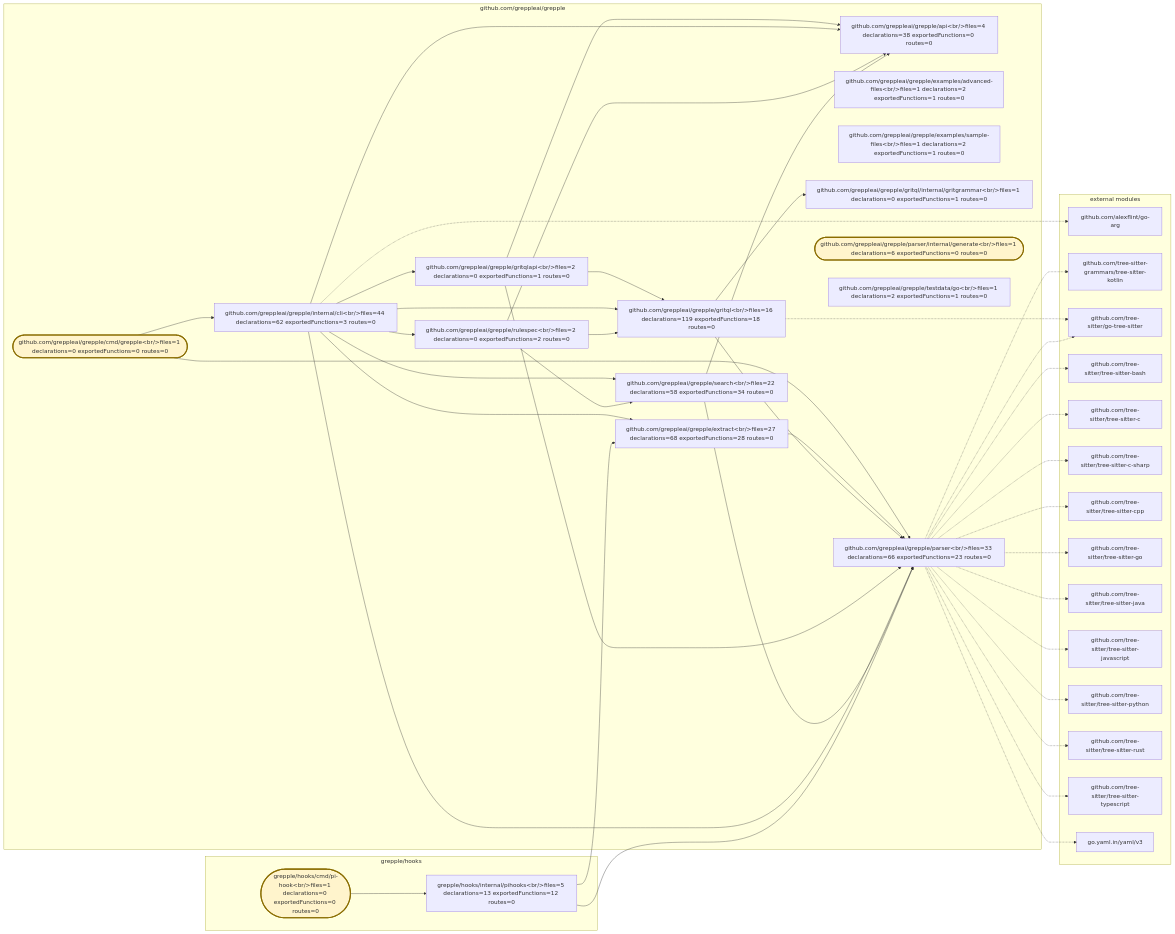
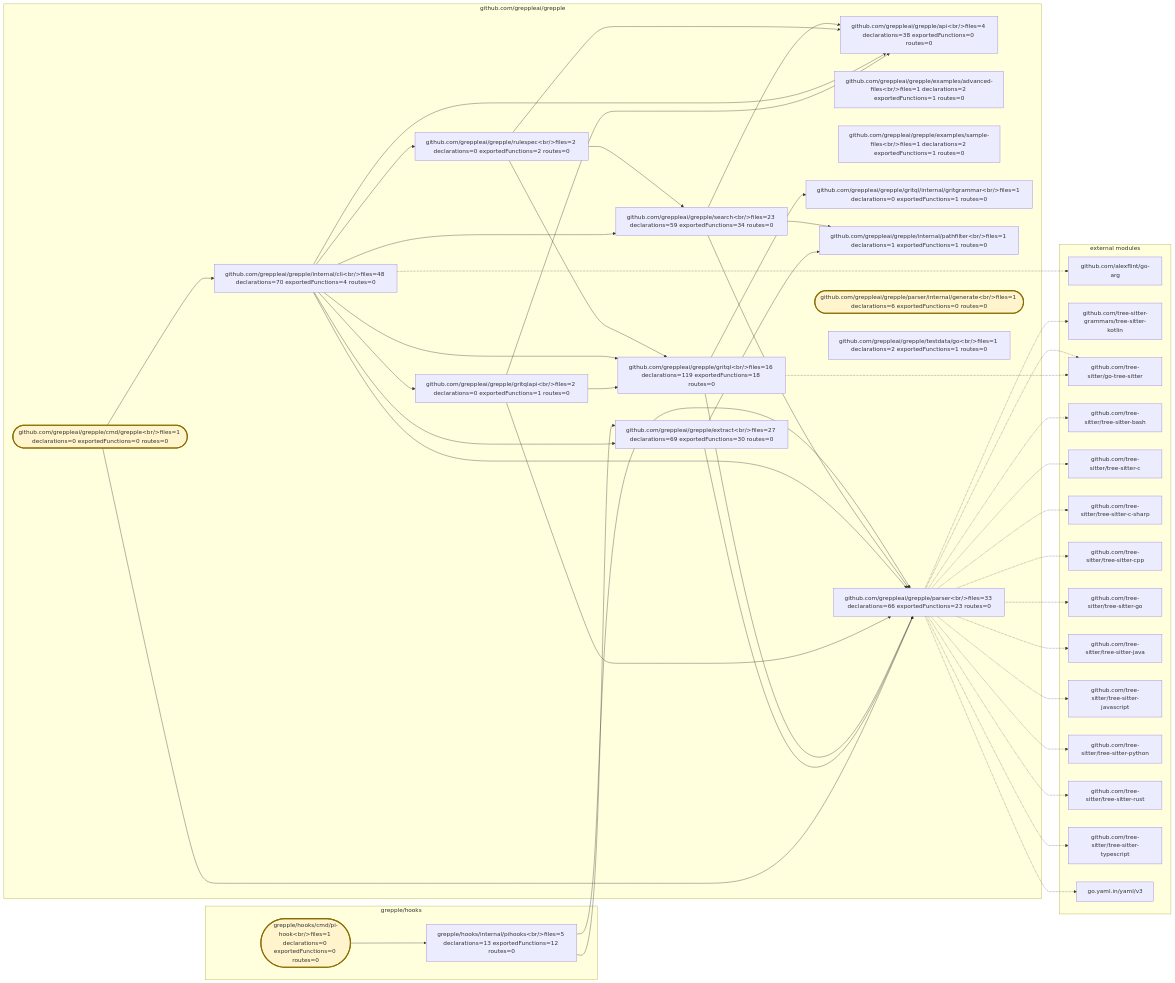
One commit to greppleai/grepple changed the diagram in .grepple/project.workspace/overview.mmd. Above: the diagram before and after it, drawn with Mermaid. The commit also changed 37 other files, not shown here.

```diff
--- a/.grepple/project.workspace/overview.mmd
+++ b/.grepple/project.workspace/overview.mmd
@@ -1,79 +1,82 @@
 flowchart LR
     classDef entrypoint fill:#fff4cc,stroke:#8a6d00,stroke-width:3px
     subgraph module_0["github.com/greppleai/grepple"]
         package_0["github.com/greppleai/grepple/api&lt;br/&gt;files=4 declarations=38 exportedFunctions=0 routes=0"]
         package_1(["github.com/greppleai/grepple/cmd/grepple&lt;br/&gt;files=1 declarations=0 exportedFunctions=0 routes=0"])
         class package_1 entrypoint
         package_2["github.com/greppleai/grepple/examples/advanced-files&lt;br/&gt;files=1 declarations=2 exportedFunctions=1 routes=0"]
         package_3["github.com/greppleai/grepple/examples/sample-files&lt;br/&gt;files=1 declarations=2 exportedFunctions=1 routes=0"]
-        package_4["github.com/greppleai/grepple/extract&lt;br/&gt;files=27 declarations=68 exportedFunctions=28 routes=0"]
+        package_4["github.com/greppleai/grepple/extract&lt;br/&gt;files=27 declarations=69 exportedFunctions=30 routes=0"]
         package_5["github.com/greppleai/grepple/gritql&lt;br/&gt;files=16 declarations=119 exportedFunctions=18 routes=0"]
         package_6["github.com/greppleai/grepple/gritql/internal/gritgrammar&lt;br/&gt;files=1 declarations=0 exportedFunctions=1 routes=0"]
         package_7["github.com/greppleai/grepple/gritqlapi&lt;br/&gt;files=2 declarations=0 exportedFunctions=1 routes=0"]
-        package_8["github.com/greppleai/grepple/internal/cli&lt;br/&gt;files=44 declarations=62 exportedFunctions=3 routes=0"]
-        package_9["github.com/greppleai/grepple/parser&lt;br/&gt;files=33 declarations=66 exportedFunctions=23 routes=0"]
-        package_10(["github.com/greppleai/grepple/parser/internal/generate&lt;br/&gt;files=1 declarations=6 exportedFunctions=0 routes=0"])
-        class package_10 entrypoint
-        package_11["github.com/greppleai/grepple/rulespec&lt;br/&gt;files=2 declarations=0 exportedFunctions=2 routes=0"]
-        package_12["github.com/greppleai/grepple/search&lt;br/&gt;files=22 declarations=58 exportedFunctions=34 routes=0"]
-        package_13["github.com/greppleai/grepple/testdata/go&lt;br/&gt;files=1 declarations=2 exportedFunctions=1 routes=0"]
+        package_8["github.com/greppleai/grepple/internal/cli&lt;br/&gt;files=48 declarations=70 exportedFunctions=4 routes=0"]
+        package_9["github.com/greppleai/grepple/internal/pathfilter&lt;br/&gt;files=1 declarations=1 exportedFunctions=1 routes=0"]
+        package_10["github.com/greppleai/grepple/parser&lt;br/&gt;files=33 declarations=66 exportedFunctions=23 routes=0"]
+        package_11(["github.com/greppleai/grepple/parser/internal/generate&lt;br/&gt;files=1 declarations=6 exportedFunctions=0 routes=0"])
+        class package_11 entrypoint
+        package_12["github.com/greppleai/grepple/rulespec&lt;br/&gt;files=2 declarations=0 exportedFunctions=2 routes=0"]
+        package_13["github.com/greppleai/grepple/search&lt;br/&gt;files=23 declarations=59 exportedFunctions=34 routes=0"]
+        package_14["github.com/greppleai/grepple/testdata/go&lt;br/&gt;files=1 declarations=2 exportedFunctions=1 routes=0"]
     end
     subgraph module_1["grepple/hooks"]
-        package_14(["grepple/hooks/cmd/pi-hook&lt;br/&gt;files=1 declarations=0 exportedFunctions=0 routes=0"])
-        class package_14 entrypoint
-        package_15["grepple/hooks/internal/pihooks&lt;br/&gt;files=5 declarations=13 exportedFunctions=12 routes=0"]
+        package_15(["grepple/hooks/cmd/pi-hook&lt;br/&gt;files=1 declarations=0 exportedFunctions=0 routes=0"])
+        class package_15 entrypoint
+        package_16["grepple/hooks/internal/pihooks&lt;br/&gt;files=5 declarations=13 exportedFunctions=12 routes=0"]
     end
     package_1 --> package_8
-    package_1 --> package_9
+    package_1 --> package_10
     package_4 --> package_9
+    package_4 --> package_10
     package_5 --> package_6
-    package_5 --> package_9
+    package_5 --> package_10
     package_7 --> package_0
     package_7 --> package_5
-    package_7 --> package_9
+    package_7 --> package_10
     package_8 --> package_0
     package_8 --> package_4
     package_8 --> package_5
     package_8 --> package_7
-    package_8 --> package_9
-    package_8 --> package_11
+    package_8 --> package_10
     package_8 --> package_12
-    package_11 --> package_0
-    package_11 --> package_5
-    package_11 --> package_12
+    package_8 --> package_13
     package_12 --> package_0
-    package_12 --> package_9
-    package_14 --> package_15
-    package_15 --> package_4
-    package_15 --> package_9
+    package_12 --> package_5
+    package_12 --> package_13
+    package_13 --> package_0
+    package_13 --> package_9
+    package_13 --> package_10
+    package_15 --> package_16
+    package_16 --> package_4
+    package_16 --> package_10
     subgraph external_dependencies["external modules"]
         external_0["github.com/alexflint/go-arg"]
         external_1["github.com/tree-sitter-grammars/tree-sitter-kotlin"]
         external_2["github.com/tree-sitter/go-tree-sitter"]
         external_3["github.com/tree-sitter/tree-sitter-bash"]
         external_4["github.com/tree-sitter/tree-sitter-c"]
         external_5["github.com/tree-sitter/tree-sitter-c-sharp"]
         external_6["github.com/tree-sitter/tree-sitter-cpp"]
         external_7["github.com/tree-sitter/tree-sitter-go"]
         external_8["github.com/tree-sitter/tree-sitter-java"]
         external_9["github.com/tree-sitter/tree-sitter-javascript"]
         external_10["github.com/tree-sitter/tree-sitter-python"]
         external_11["github.com/tree-sitter/tree-sitter-rust"]
         external_12["github.com/tree-sitter/tree-sitter-typescript"]
         external_13["go.yaml.in/yaml/v3"]
     end
     package_8 -.-> external_0
-    package_9 -.-> external_1
+    package_10 -.-> external_1
     package_5 -.-> external_2
-    package_9 -.-> external_2
-    package_9 -.-> external_3
-    package_9 -.-> external_4
-    package_9 -.-> external_5
-    package_9 -.-> external_6
-    package_9 -.-> external_7
-    package_9 -.-> external_8
-    package_9 -.-> external_9
-    package_9 -.-> external_10
-    package_9 -.-> external_11
-    package_9 -.-> external_12
-    package_9 -.-> external_13
+    package_10 -.-> external_2
+    package_10 -.-> external_3
+    package_10 -.-> external_4
+    package_10 -.-> external_5
+    package_10 -.-> external_6
+    package_10 -.-> external_7
+    package_10 -.-> external_8
+    package_10 -.-> external_9
+    package_10 -.-> external_10
+    package_10 -.-> external_11
+    package_10 -.-> external_12
+    package_10 -.-> external_13
```
